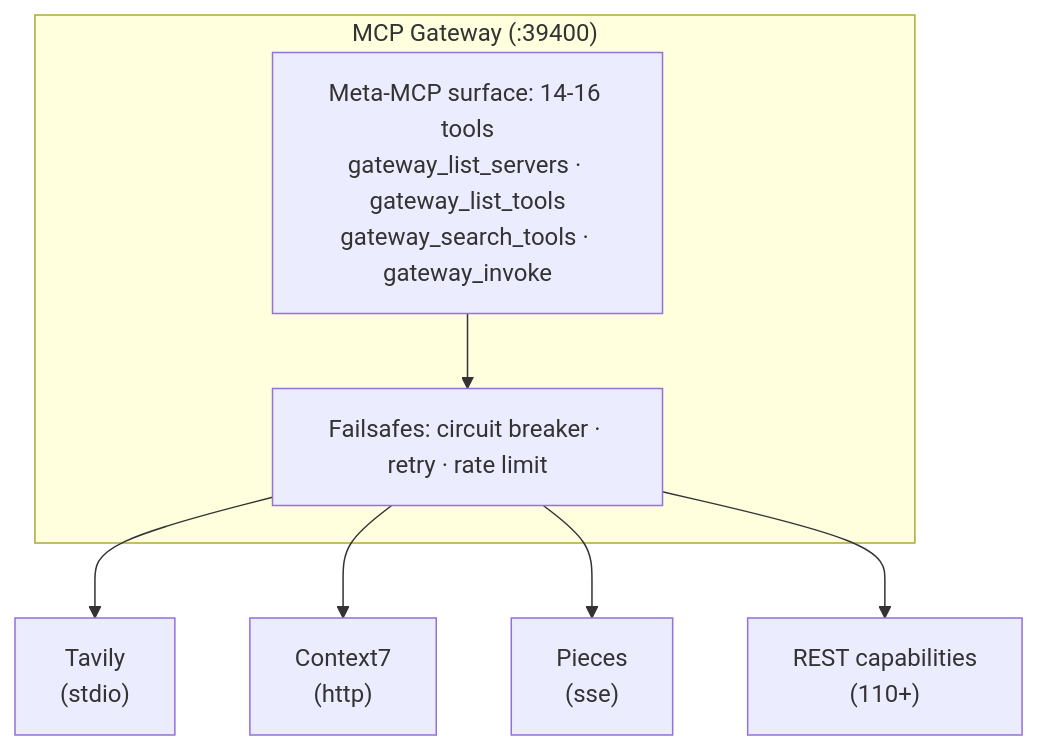
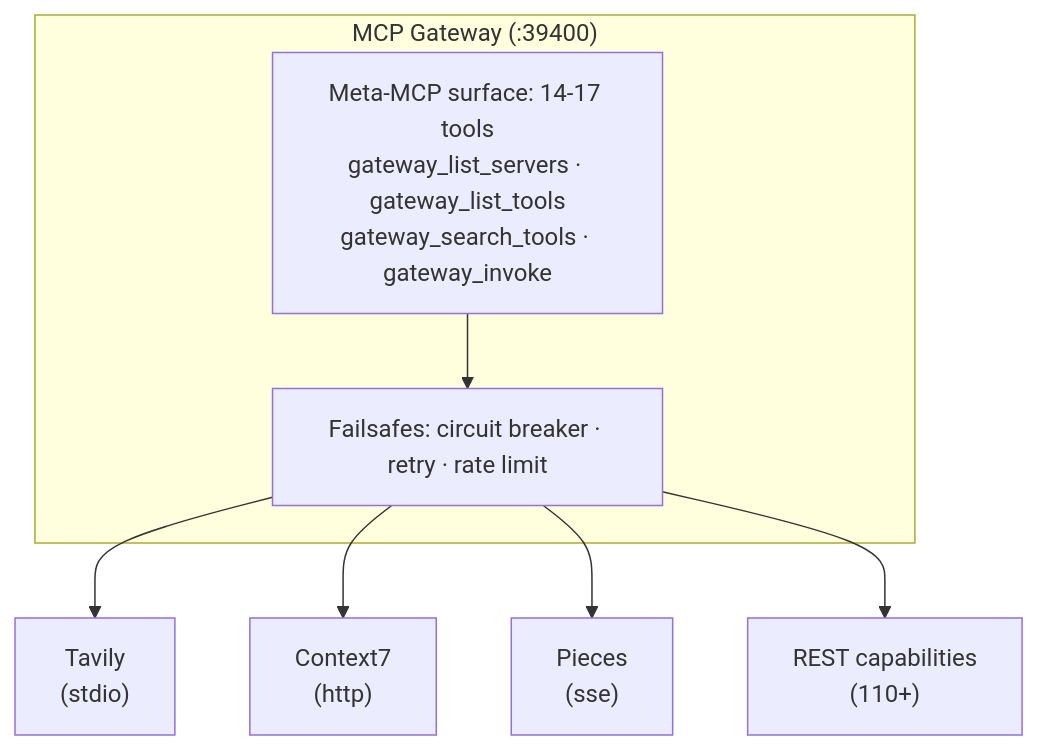
Before and after one commit to MikkoParkkola/mcp-gateway: the second of 2 diagrams in README.md, drawn with Mermaid. The commit also changed other lines of this file and 450 other files, not shown here.

````diff
--- a/README.md
+++ b/README.md
@@ -302,12 +302,12 @@
 ```mermaid
 flowchart TB
     subgraph GW["MCP Gateway (:39400)"]
-        META["Meta-MCP surface: 14-16 tools<br/>gateway_list_servers · gateway_list_tools<br/>gateway_search_tools · gateway_invoke"]
+        META["Meta-MCP surface: 14-17 tools<br/>gateway_list_servers · gateway_list_tools<br/>gateway_search_tools · gateway_invoke"]
         FS["Failsafes: circuit breaker · retry · rate limit"]
         META --> FS
     end
     FS --> B1["Tavily<br/>(stdio)"]
     FS --> B2["Context7<br/>(http)"]
     FS --> B3["Pieces<br/>(sse)"]
     FS --> B4["REST capabilities<br/>(110+)"]
 ```
````
